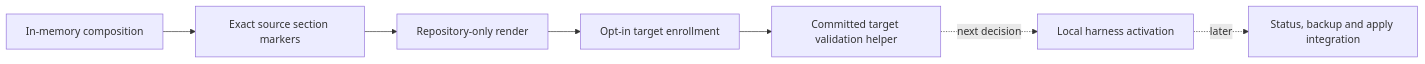
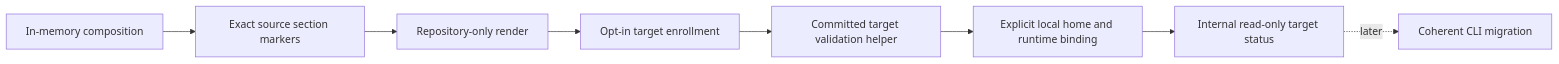
One commit to ferrywlto/ai-env-as-code changed the sixth of 6 diagrams in docs/shared-instructions-design.md. Above: the diagram before and after it, drawn with Mermaid. The commit also changed other lines of this file and 3 other files, not shown here.

Commit message:
Add read-only portable target status comparison

````diff
--- a/docs/shared-instructions-design.md
+++ b/docs/shared-instructions-design.md
@@ -157,9 +172,10 @@
 ```mermaid
 flowchart LR
     Compose[In-memory composition] --> Sections[Exact source section markers]
     Sections --> Render[Repository-only render]
     Render --> Enrollment[Opt-in target enrollment]
     Enrollment --> Validation[Committed target validation helper]
-    Validation -.->|next decision| Local[Local harness activation]
-    Local -.->|later| Directional[Status, backup and apply integration]
+    Validation --> Local[Explicit local home and runtime binding]
+    Local --> Inspect[Internal read-only target status]
+    Inspect -.->|later| Directional[Coherent CLI migration]
 ```
````
